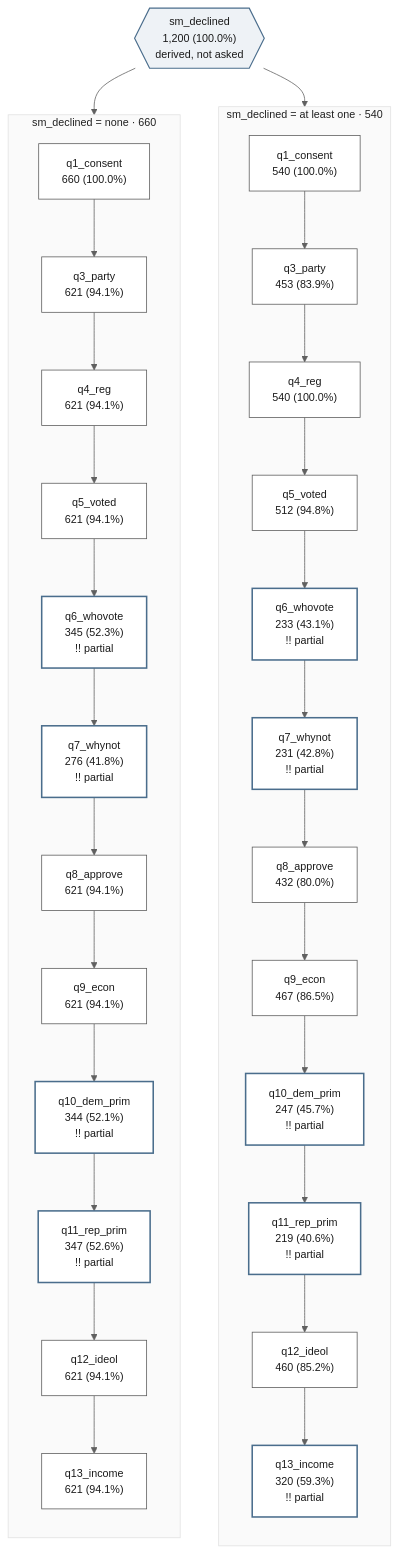
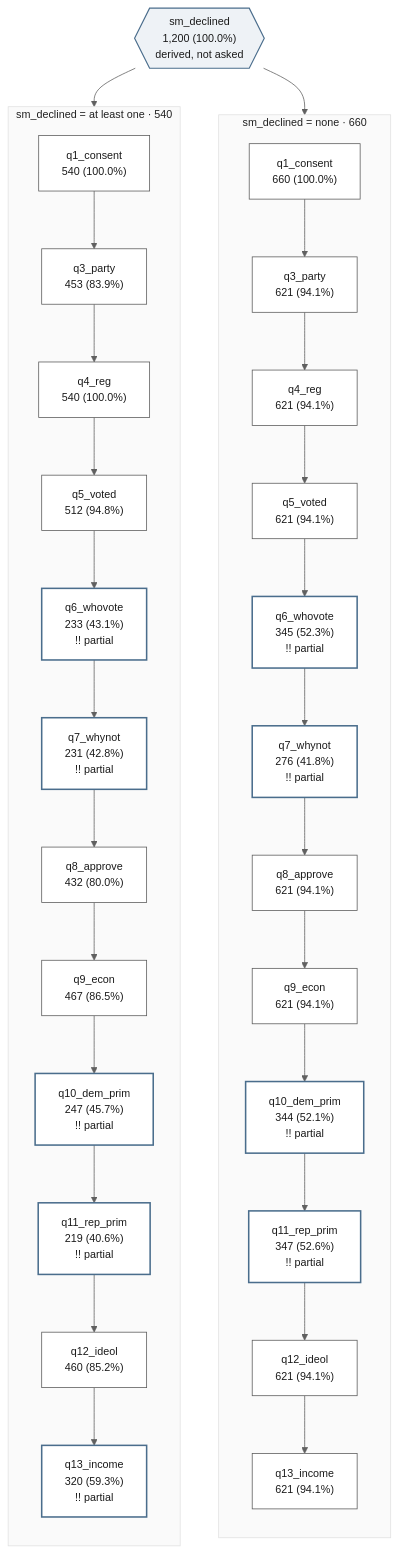
Before and after one commit to ericabooth/surveymap-stata-public: the diagram in gallery/g_profile.mmd, drawn with Mermaid. The commit also changed 20 other files, not shown here.

First line of the commit message:
Lane order in mermaid is the renderer's to decide, so stop fighting it

```diff
--- a/gallery/g_profile.mmd
+++ b/gallery/g_profile.mmd
@@ -1,68 +1,68 @@
 %%{init: {'theme':'base','themeVariables':{'fontFamily':'Helvetica, Arial, sans-serif','fontSize':'14px','primaryColor':'#ffffff','primaryTextColor':'#202020','primaryBorderColor':'#606060','lineColor':'#606060','secondaryColor':'#f4f4f4','tertiaryColor':'#fafafa','edgeLabelBackground':'#ffffff','titleColor':'#202020'}}}%%
-%% surveymap _sm_rendertext 0.1.0 - journal g_profile.tsv - rendered 24 Aug 2026 03:53:19 - Stata 19.5 MP
+%% surveymap _sm_rendertext 0.1.0 - journal g_profile.tsv - rendered 24 Aug 2026 03:56:36 - Stata 19.5 MP
 flowchart TB
   accTitle: surveymap flow of g_profile.tsv
   accDescr {
     1,200 respondents, 13 items, 1 gate. Items run top to bottom in questionnaire order; a gate fans the sample into lanes that rejoin the spine at the end of its segment. A dashed node is a cell the lane was routed around. Two exclamation marks flag a warning.
   }
   classDef default fill:#ffffff,stroke:#5a5a5a,color:#1a1a1a,stroke-width:1px;
   classDef smghost fill:#fbfbfb,stroke:#b0b0b0,stroke-dasharray: 5 4,color:#8a8a8a,stroke-width:1px;
   classDef smwarn fill:#ffffff,stroke:#4a6d8c,stroke-width:2px,color:#1a1a1a;
   classDef smgate fill:#eef2f6,stroke:#4a6d8c,stroke-width:1.5px,color:#1a1a1a;
   n1{{"sm_declined<br/>1,200 (100.0%)<br/>derived, not asked"}}
+  subgraph SG1x1["sm_declined = none · 660"]
+    direction TB
+  n2v1["q1_consent<br/>660 (100.0%)"]
+  n3v1["q3_party<br/>621 (94.1%)"]
+  n4v1["q4_reg<br/>621 (94.1%)"]
+  n5v1["q5_voted<br/>621 (94.1%)"]
+  n6v1["q6_whovote<br/>345 (52.3%)<br/>!! partial"]
+  n7v1["q7_whynot<br/>276 (41.8%)<br/>!! partial"]
+  n8v1["q8_approve<br/>621 (94.1%)"]
+  n9v1["q9_econ<br/>621 (94.1%)"]
+  n10v1["q10_dem_prim<br/>344 (52.1%)<br/>!! partial"]
+  n11v1["q11_rep_prim<br/>347 (52.6%)<br/>!! partial"]
+  n12v1["q12_ideol<br/>621 (94.1%)"]
+  n13v1["q13_income<br/>621 (94.1%)"]
+  end
   subgraph SG1x2["sm_declined = at least one · 540"]
     direction TB
   n2v2["q1_consent<br/>540 (100.0%)"]
   n3v2["q3_party<br/>453 (83.9%)"]
   n4v2["q4_reg<br/>540 (100.0%)"]
   n5v2["q5_voted<br/>512 (94.8%)"]
   n6v2["q6_whovote<br/>233 (43.1%)<br/>!! partial"]
   n7v2["q7_whynot<br/>231 (42.8%)<br/>!! partial"]
   n8v2["q8_approve<br/>432 (80.0%)"]
   n9v2["q9_econ<br/>467 (86.5%)"]
   n10v2["q10_dem_prim<br/>247 (45.7%)<br/>!! partial"]
   n11v2["q11_rep_prim<br/>219 (40.6%)<br/>!! partial"]
   n12v2["q12_ideol<br/>460 (85.2%)"]
   n13v2["q13_income<br/>320 (59.3%)<br/>!! partial"]
   end
-  subgraph SG1x1["sm_declined = none · 660"]
-    direction TB
-  n2v1["q1_consent<br/>660 (100.0%)"]
-  n3v1["q3_party<br/>621 (94.1%)"]
-  n4v1["q4_reg<br/>621 (94.1%)"]
-  n5v1["q5_voted<br/>621 (94.1%)"]
-  n6v1["q6_whovote<br/>345 (52.3%)<br/>!! partial"]
-  n7v1["q7_whynot<br/>276 (41.8%)<br/>!! partial"]
-  n8v1["q8_approve<br/>621 (94.1%)"]
-  n9v1["q9_econ<br/>621 (94.1%)"]
-  n10v1["q10_dem_prim<br/>344 (52.1%)<br/>!! partial"]
-  n11v1["q11_rep_prim<br/>347 (52.6%)<br/>!! partial"]
-  n12v1["q12_ideol<br/>621 (94.1%)"]
-  n13v1["q13_income<br/>621 (94.1%)"]
-  end
+  n1 --> n2v1
+  n2v1 --> n3v1
+  n3v1 --> n4v1
+  n4v1 --> n5v1
+  n5v1 --> n6v1
+  n6v1 --> n7v1
+  n7v1 --> n8v1
+  n8v1 --> n9v1
+  n9v1 --> n10v1
+  n10v1 --> n11v1
+  n11v1 --> n12v1
+  n12v1 --> n13v1
   n1 --> n2v2
   n2v2 --> n3v2
   n3v2 --> n4v2
   n4v2 --> n5v2
   n5v2 --> n6v2
   n6v2 --> n7v2
   n7v2 --> n8v2
   n8v2 --> n9v2
   n9v2 --> n10v2
   n10v2 --> n11v2
   n11v2 --> n12v2
   n12v2 --> n13v2
-  n1 --> n2v1
-  n2v1 --> n3v1
-  n3v1 --> n4v1
-  n4v1 --> n5v1
-  n5v1 --> n6v1
-  n6v1 --> n7v1
-  n7v1 --> n8v1
-  n8v1 --> n9v1
-  n9v1 --> n10v1
-  n10v1 --> n11v1
-  n11v1 --> n12v1
-  n12v1 --> n13v1
   class n1 smgate;
-  class n6v2,n7v2,n10v2,n11v2,n13v2,n6v1,n7v1,n10v1,n11v1 smwarn;
+  class n6v1,n7v1,n10v1,n11v1,n6v2,n7v2,n10v2,n11v2,n13v2 smwarn;
```
